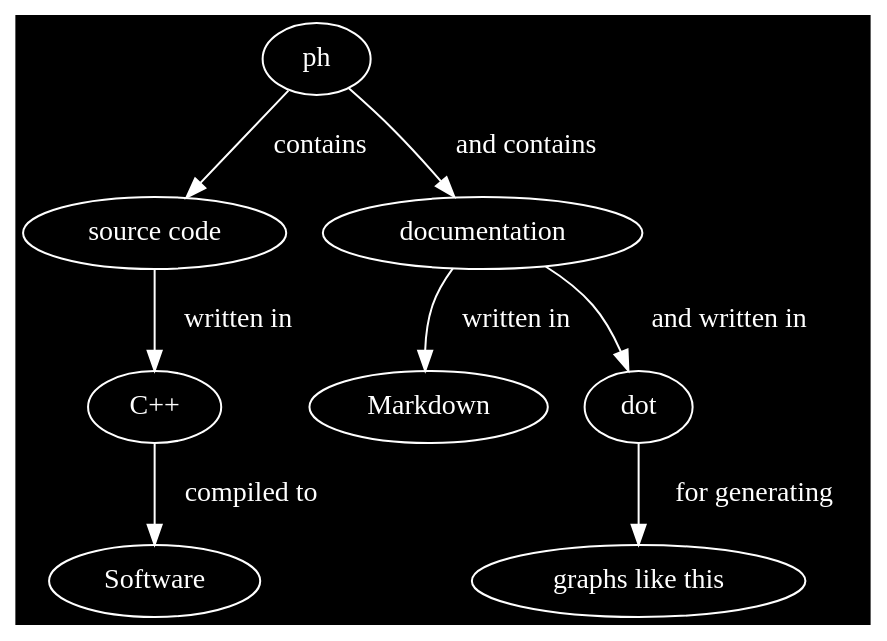
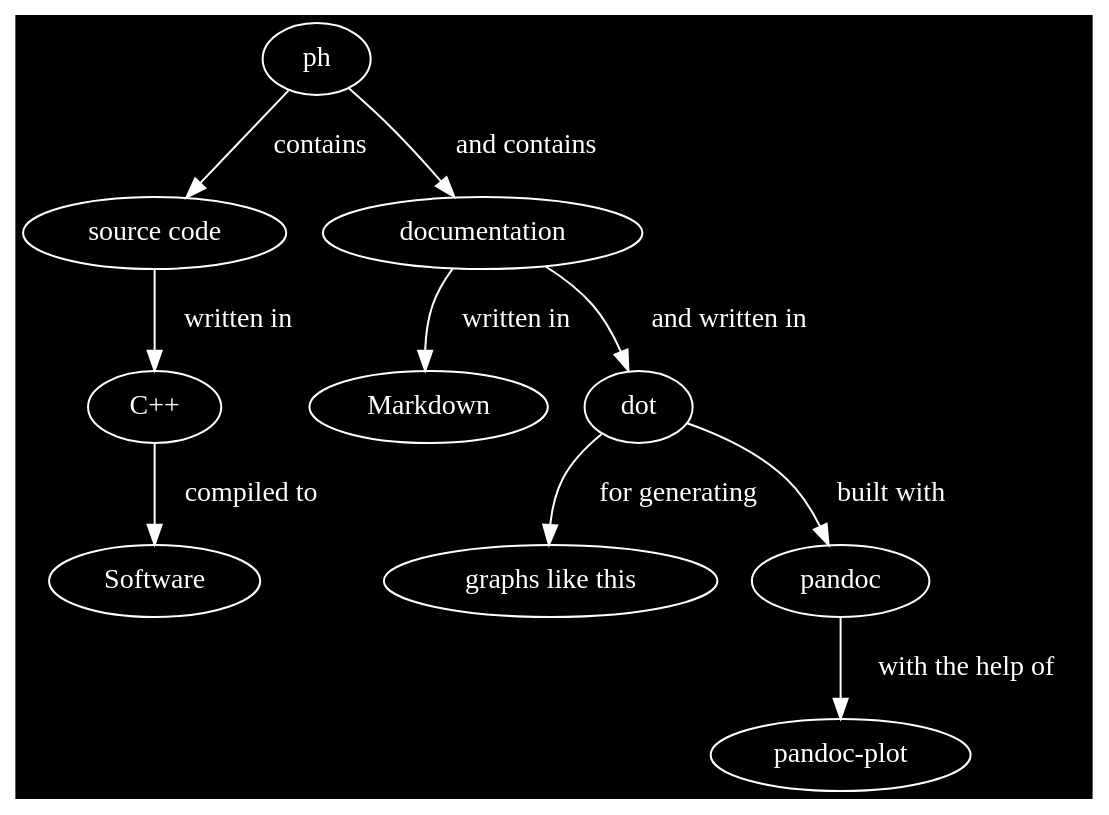
One commit to phiwen96/ph changed the fourth of 5 diagrams in README.md. Above: the diagram before and after it, drawn with Graphviz. The commit also changed other lines of this file and 5 other files, not shown here.

````diff
--- a/README.md
+++ b/README.md
@@ -120,22 +120,26 @@
 ```graphviz
 digraph finite_state_machine {
 	graph [bgcolor=black]
 	node [fillcolor=black style=filled color=white fontcolor=white]
 	edge [color=white fontcolor=white]
 
 	"ph" -> "source code" [ label = "  contains"];
 
 	"ph" -> "documentation" [ label = "  and contains"];
 	
 	"source code" -> "C++" [ label = "  written in"];
 
 	"C++" -> "Software" [ label = "  compiled to"];
 	
 	"documentation" -> "Markdown" [ label = "  written in"];
 	
 	"documentation" -> "dot" [ label = "  and written in"];
 
 	"dot" -> "graphs like this" [ label = "  for generating"];
 
+	"dot" -> "pandoc" [ label = "  built with"];
+
+	"pandoc" -> "pandoc-plot" [ label = "  with the help of"];
+
 }
 ```
````
